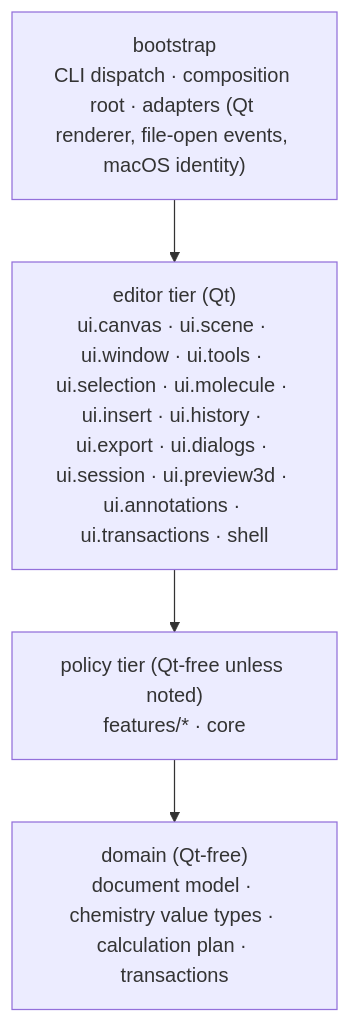
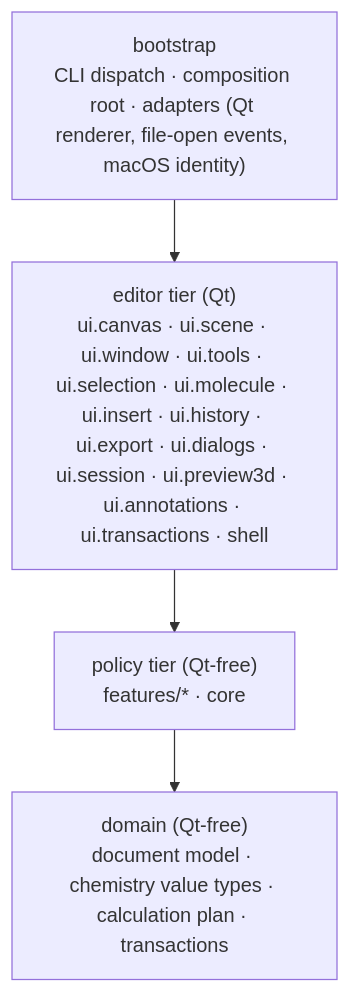
Before and after one commit to dhsohn/Chemvas: the first of 4 diagrams in docs/ARCHITECTURE.md, drawn with Mermaid. The commit also changed other lines of this file and 93 other files, not shown here.

````diff
--- a/docs/ARCHITECTURE.md
+++ b/docs/ARCHITECTURE.md
@@ -9,10 +9,10 @@
 ```mermaid
 flowchart TB
     bootstrap["bootstrap<br/>CLI dispatch · composition root · adapters (Qt renderer, file-open events, macOS identity)"]
     editor["editor tier (Qt)<br/>ui.canvas · ui.scene · ui.window · ui.tools · ui.selection · ui.molecule · ui.insert · ui.history · ui.export · ui.dialogs · ui.session · ui.preview3d · ui.annotations · ui.transactions · shell"]
-    policy["policy tier (Qt-free unless noted)<br/>features/* · core"]
+    policy["policy tier (Qt-free)<br/>features/* · core"]
     domain["domain (Qt-free)<br/>document model · chemistry value types · calculation plan · transactions"]
     bootstrap --> editor
     editor --> policy
     policy --> domain
 ```
````
